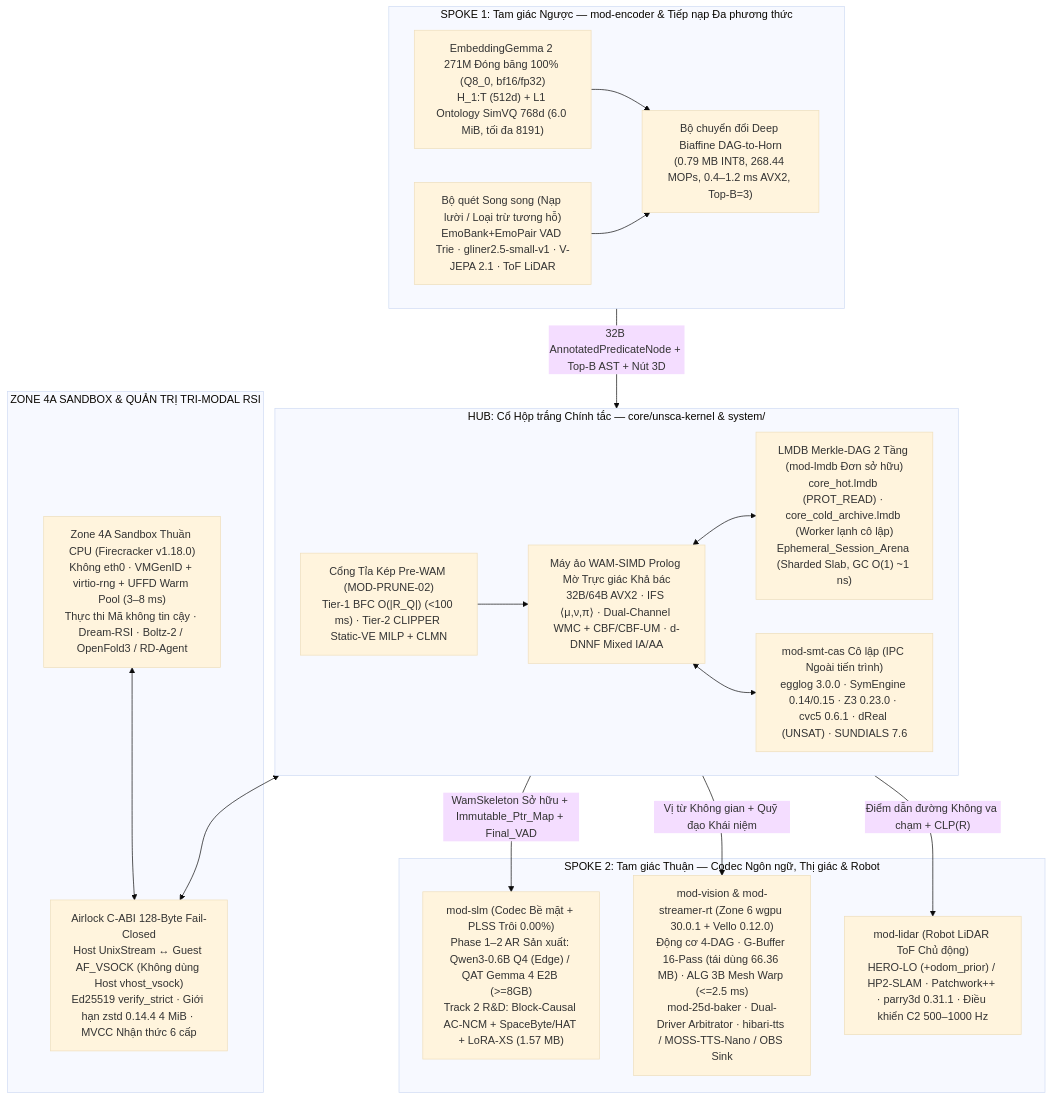
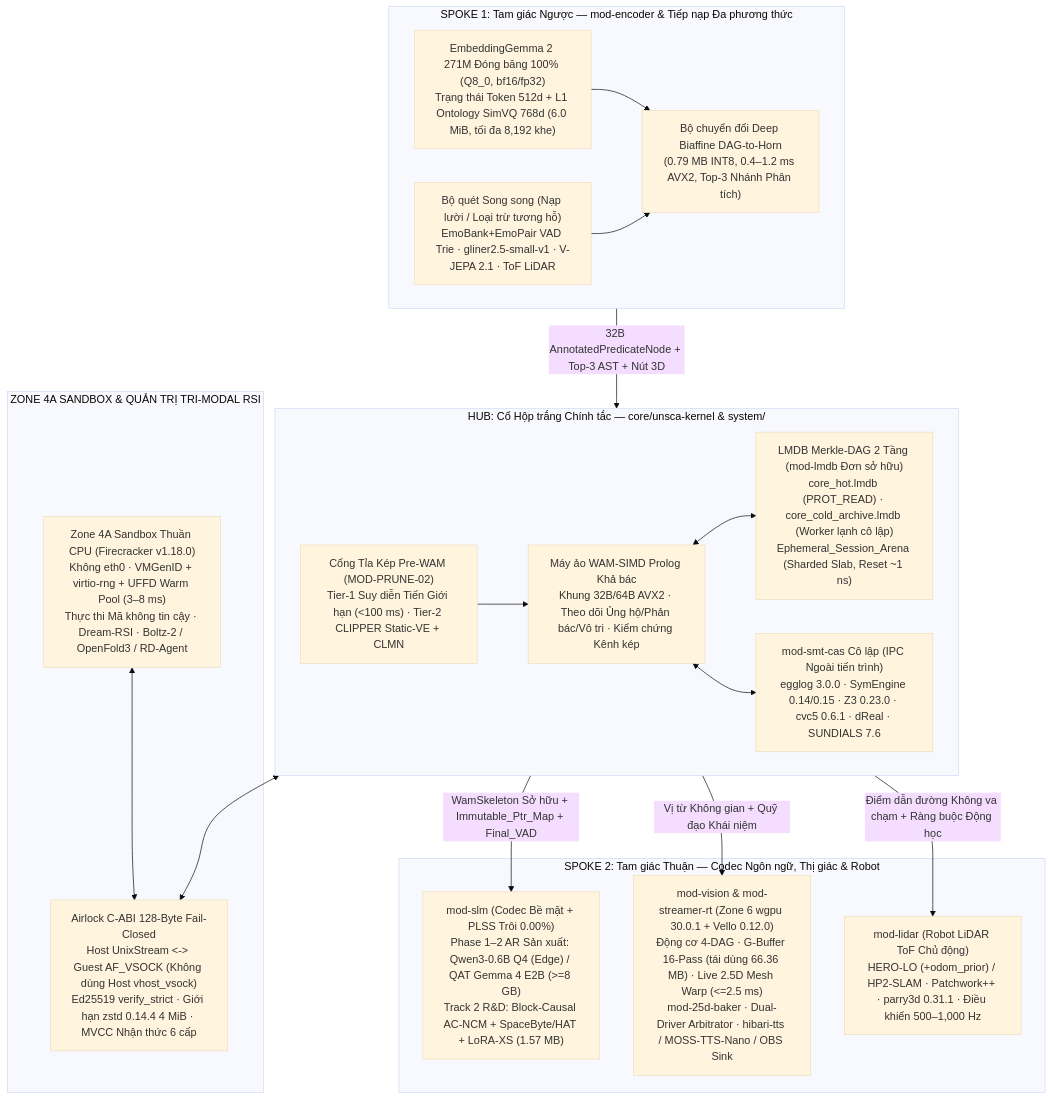
Before and after one commit to vuhoangquanhoctap-glitch/Takuma-1-Trinity: the ninth of 16 diagrams in README.md, drawn with Mermaid (base theme). The commit also changed other lines of this file, not shown here.

````diff
--- a/README.md
+++ b/README.md
@@ -683,38 +704,38 @@
 ```mermaid
 flowchart TB
     subgraph S1["SPOKE 1: Tam giác Ngược — mod-encoder & Tiếp nạp Đa phương thức"]
-        ENC["EmbeddingGemma 2 271M Đóng băng 100% (Q8_0, bf16/fp32)<br/>H_1:T (512d) + L1 Ontology SimVQ 768d (6.0 MiB, tối đa 8191)"]
-        BIA["Bộ chuyển đổi Deep Biaffine DAG-to-Horn<br/>(0.79 MB INT8, 268.44 MOPs, 0.4–1.2 ms AVX2, Top-B=3)"]
+        ENC["EmbeddingGemma 2 271M Đóng băng 100% (Q8_0, bf16/fp32)<br/>Trạng thái Token 512d + L1 Ontology SimVQ 768d (6.0 MiB, tối đa 8,192 khe)"]
+        BIA["Bộ chuyển đổi Deep Biaffine DAG-to-Horn<br/>(0.79 MB INT8, 0.4–1.2 ms AVX2, Top-3 Nhánh Phân tích)"]
         SCN["Bộ quét Song song (Nạp lười / Loại trừ tương hỗ)<br/>EmoBank+EmoPair VAD Trie · gliner2.5-small-v1 · V-JEPA 2.1 · ToF LiDAR"]
         ENC --> BIA
         SCN --> BIA
     end
 
     subgraph HUB["HUB: Cổ Hộp trắng Chính tắc — core/unsca-kernel & system/"]
-        PRUNE["Cổng Tỉa Kép Pre-WAM (MOD-PRUNE-02)<br/>Tier-1 BFC O(|R_Q|) (<100 ms) · Tier-2 CLIPPER Static-VE MILP + CLMN"]
-        WAM["Máy ảo WAM-SIMD Prolog Mờ Trực giác Khả bác<br/>32B/64B AVX2 · IFS ⟨μ,ν,π⟩ · Dual-Channel WMC + CBF/CBF-UM · d-DNNF Mixed IA/AA"]
-        MEM["LMDB Merkle-DAG 2 Tầng (mod-lmdb Đơn sở hữu)<br/>core_hot.lmdb (PROT_READ) · core_cold_archive.lmdb (Worker lạnh cô lập)<br/>Ephemeral_Session_Arena (Sharded Slab, GC O(1) ~1 ns)"]
-        SMT["mod-smt-cas Cô lập (IPC Ngoài tiến trình)<br/>egglog 3.0.0 · SymEngine 0.14/0.15 · Z3 0.23.0 · cvc5 0.6.1 · dReal (UNSAT) · SUNDIALS 7.6"]
+        PRUNE["Cổng Tỉa Kép Pre-WAM (MOD-PRUNE-02)<br/>Tier-1 Suy diễn Tiến Giới hạn (<100 ms) · Tier-2 CLIPPER Static-VE + CLMN"]
+        WAM["Máy ảo WAM-SIMD Prolog Khả bác<br/>Khung 32B/64B AVX2 · Theo dõi Ủng hộ/Phản bác/Vô tri · Kiểm chứng Kênh kép"]
+        MEM["LMDB Merkle-DAG 2 Tầng (mod-lmdb Đơn sở hữu)<br/>core_hot.lmdb (PROT_READ) · core_cold_archive.lmdb (Worker lạnh cô lập)<br/>Ephemeral_Session_Arena (Sharded Slab, Reset ~1 ns)"]
+        SMT["mod-smt-cas Cô lập (IPC Ngoài tiến trình)<br/>egglog 3.0.0 · SymEngine 0.14/0.15 · Z3 0.23.0 · cvc5 0.6.1 · dReal · SUNDIALS 7.6"]
         PRUNE --> WAM
         WAM <--> MEM
         WAM <--> SMT
     end
 
     subgraph S2["SPOKE 2: Tam giác Thuận — Codec Ngôn ngữ, Thị giác & Robot"]
-        SLM["mod-slm (Codec Bề mặt + PLSS Trôi 0.00%)<br/>Phase 1–2 AR Sản xuất: Qwen3-0.6B Q4 (Edge) / QAT Gemma 4 E2B (>=8GB)<br/>Track 2 R&D: Block-Causal AC-NCM + SpaceByte/HAT + LoRA-XS (1.57 MB)"]
-        VIS["mod-vision & mod-streamer-rt (Zone 6 wgpu 30.0.1 + Vello 0.12.0)<br/>Động cơ 4-DAG · G-Buffer 16-Pass (tái dùng 66.36 MB) · ALG 3B Mesh Warp (<=2.5 ms)<br/>mod-25d-baker · Dual-Driver Arbitrator · hibari-tts / MOSS-TTS-Nano / OBS Sink"]
-        ROB["mod-lidar (Robot LiDAR ToF Chủ động)<br/>HERO-LO (+odom_prior) / HP2-SLAM · Patchwork++ · parry3d 0.31.1 · Điều khiển C2 500–1000 Hz"]
+        SLM["mod-slm (Codec Bề mặt + PLSS Trôi 0.00%)<br/>Phase 1–2 AR Sản xuất: Qwen3-0.6B Q4 (Edge) / QAT Gemma 4 E2B (>=8 GB)<br/>Track 2 R&D: Block-Causal AC-NCM + SpaceByte/HAT + LoRA-XS (1.57 MB)"]
+        VIS["mod-vision & mod-streamer-rt (Zone 6 wgpu 30.0.1 + Vello 0.12.0)<br/>Động cơ 4-DAG · G-Buffer 16-Pass (tái dùng 66.36 MB) · Live 2.5D Mesh Warp (<=2.5 ms)<br/>mod-25d-baker · Dual-Driver Arbitrator · hibari-tts / MOSS-TTS-Nano / OBS Sink"]
+        ROB["mod-lidar (Robot LiDAR ToF Chủ động)<br/>HERO-LO (+odom_prior) / HP2-SLAM · Patchwork++ · parry3d 0.31.1 · Điều khiển 500–1,000 Hz"]
     end
 
     subgraph SEC["ZONE 4A SANDBOX & QUẢN TRỊ TRI-MODAL RSI"]
         Z4A["Zone 4A Sandbox Thuần CPU (Firecracker v1.18.0)<br/>Không eth0 · VMGenID + virtio-rng + UFFD Warm Pool (3–8 ms)<br/>Thực thi Mã không tin cậy · Dream-RSI · Boltz-2 / OpenFold3 / RD-Agent"]
-        AIR["Airlock C-ABI 128-Byte Fail-Closed<br/>Host UnixStream ↔ Guest AF_VSOCK (Không dùng Host vhost_vsock)<br/>Ed25519 verify_strict · Giới hạn zstd 0.14.4 4 MiB · MVCC Nhận thức 6 cấp"]
+        AIR["Airlock C-ABI 128-Byte Fail-Closed<br/>Host UnixStream <-> Guest AF_VSOCK (Không dùng Host vhost_vsock)<br/>Ed25519 verify_strict · Giới hạn zstd 0.14.4 4 MiB · MVCC Nhận thức 6 cấp"]
         Z4A <--> AIR
     end
 
-    S1 -- "32B AnnotatedPredicateNode + Top-B AST + Nút 3D" --> HUB
+    S1 -- "32B AnnotatedPredicateNode + Top-3 AST + Nút 3D" --> HUB
     HUB -- "WamSkeleton Sở hữu + Immutable_Ptr_Map + Final_VAD" --> SLM
     HUB -- "Vị từ Không gian + Quỹ đạo Khái niệm" --> VIS
-    HUB -- "Điểm dẫn đường Không va chạm + CLP(R)" --> ROB
+    HUB -- "Điểm dẫn đường Không va chạm + Ràng buộc Động học" --> ROB
     HUB <--> AIR
 ```
````
